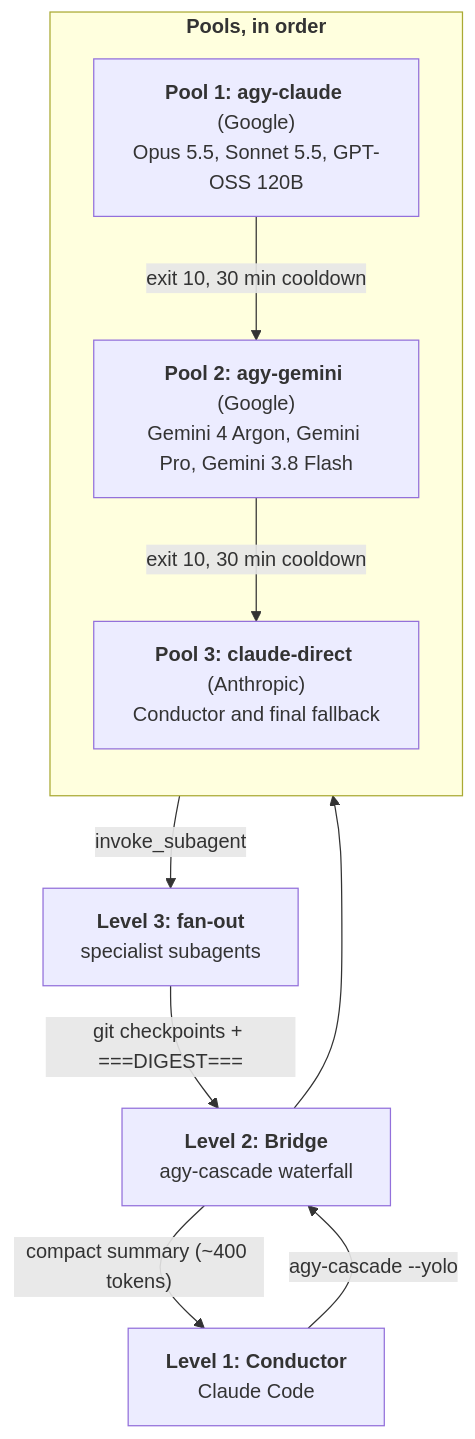
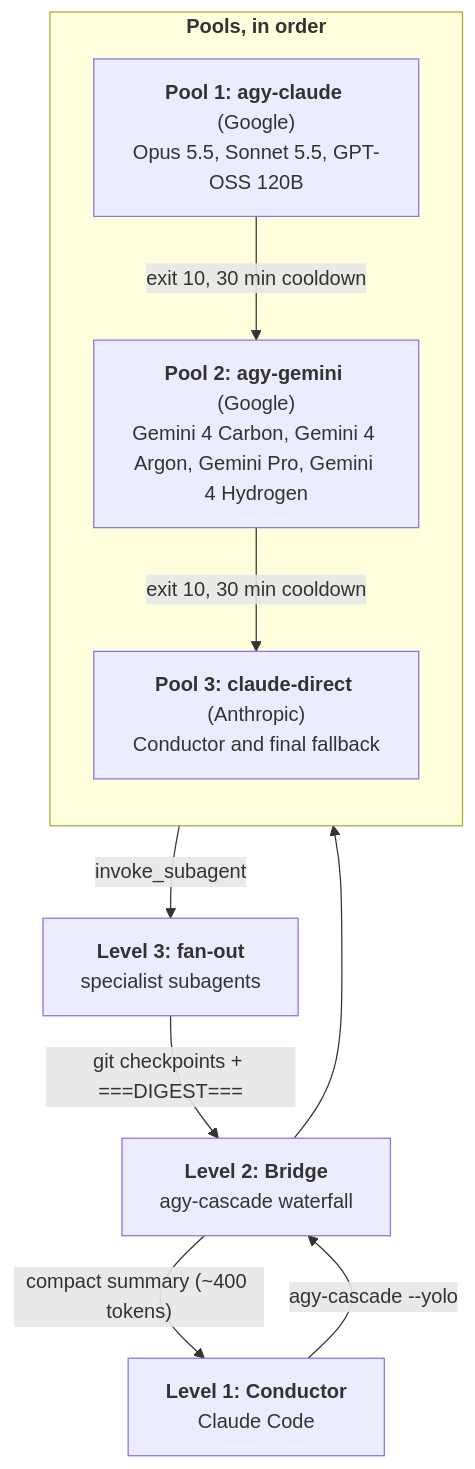
Before and after one commit to juanmarboledao2304/dual-agent-nexus: the diagram in README.md, drawn with Mermaid. The commit also changed other lines of this file and 18 other files, not shown here.

First line of the commit message:
feat(roster): add Gemini 4 Carbon flagship and migrate Pool 2 to the Gemini 4 model taxonomy

````diff
--- a/README.md
+++ b/README.md
@@ -163,17 +163,17 @@
 ```mermaid
 flowchart TD
   L1["<b>Level 1: Conductor</b><br/>Claude Code"]
   L1 -->|"agy-cascade --yolo"| Bridge["<b>Level 2: Bridge</b><br/>agy-cascade waterfall"]
   subgraph Waterfall["<b>Pools, in order</b>"]
     direction TB
     Pool1["<b>Pool 1: agy-claude</b> (Google)<br/>Opus 5.5, Sonnet 5.5, GPT-OSS 120B"]
-    Pool2["<b>Pool 2: agy-gemini</b> (Google)<br/>Gemini 4 Argon, Gemini Pro, Gemini 3.8 Flash"]
+    Pool2["<b>Pool 2: agy-gemini</b> (Google)<br/>Gemini 4 Carbon, Gemini 4 Argon, Gemini Pro, Gemini 4 Hydrogen"]
     Pool3["<b>Pool 3: claude-direct</b> (Anthropic)<br/>Conductor and final fallback"]
     Pool1 -->|"exit 10, 30 min cooldown"| Pool2
     Pool2 -->|"exit 10, 30 min cooldown"| Pool3
   end
   Bridge --> Waterfall
   Waterfall -->|"invoke_subagent"| L3["<b>Level 3: fan-out</b><br/>specialist subagents"]
   L3 -->|"git checkpoints + ===DIGEST==="| Bridge
   Bridge -->|"compact summary (~400 tokens)"| L1
 ```
````
